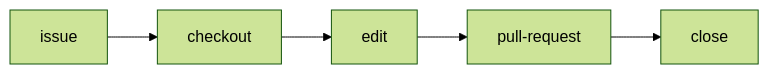
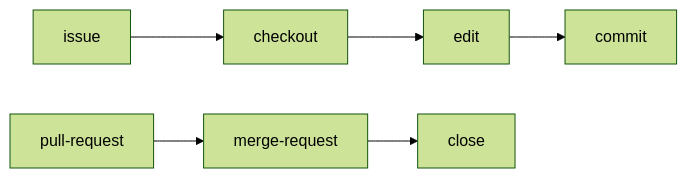
Before and after one commit to hkawa90/Obsidian-Vaults-DevDoc: the diagram in Github/Issue pull-request.md, drawn with Mermaid (forest theme). The commit also changed 21 other files, not shown here.

````diff
--- a/Github/Issue pull-request.md
+++ b/Github/Issue pull-request.md
@@ -11,4 +11,6 @@
 ```mermaid
 flowchart LR
-issue  --> checkout --> edit --> pull-request --> close
+issue  --> checkout --> edit --> commit
+
+	pull-request --> merge-request --> close
 ```
````
